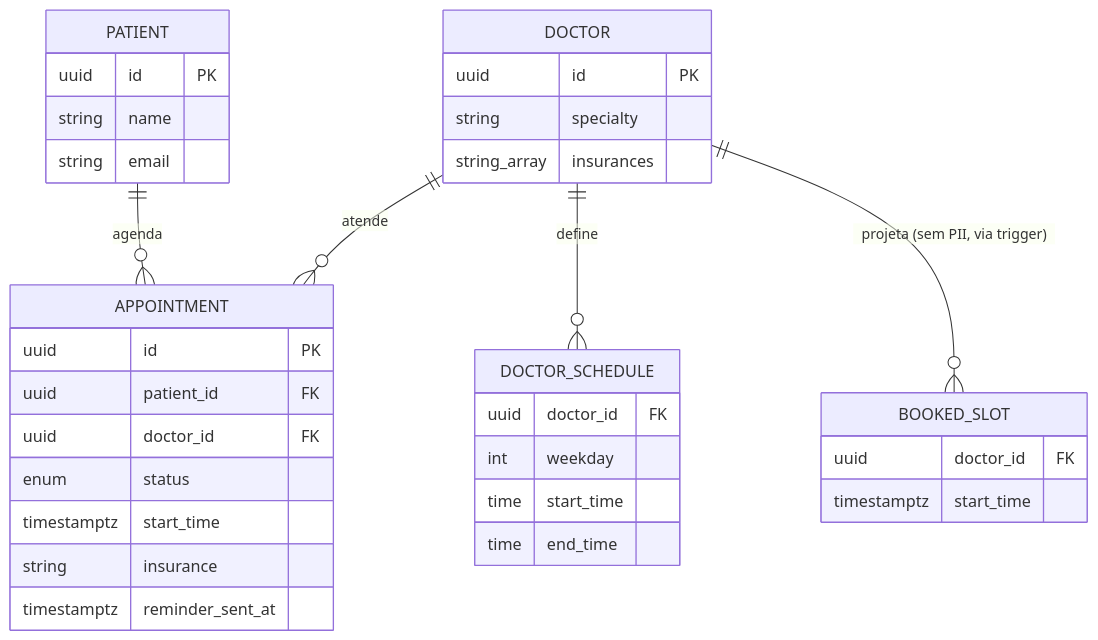
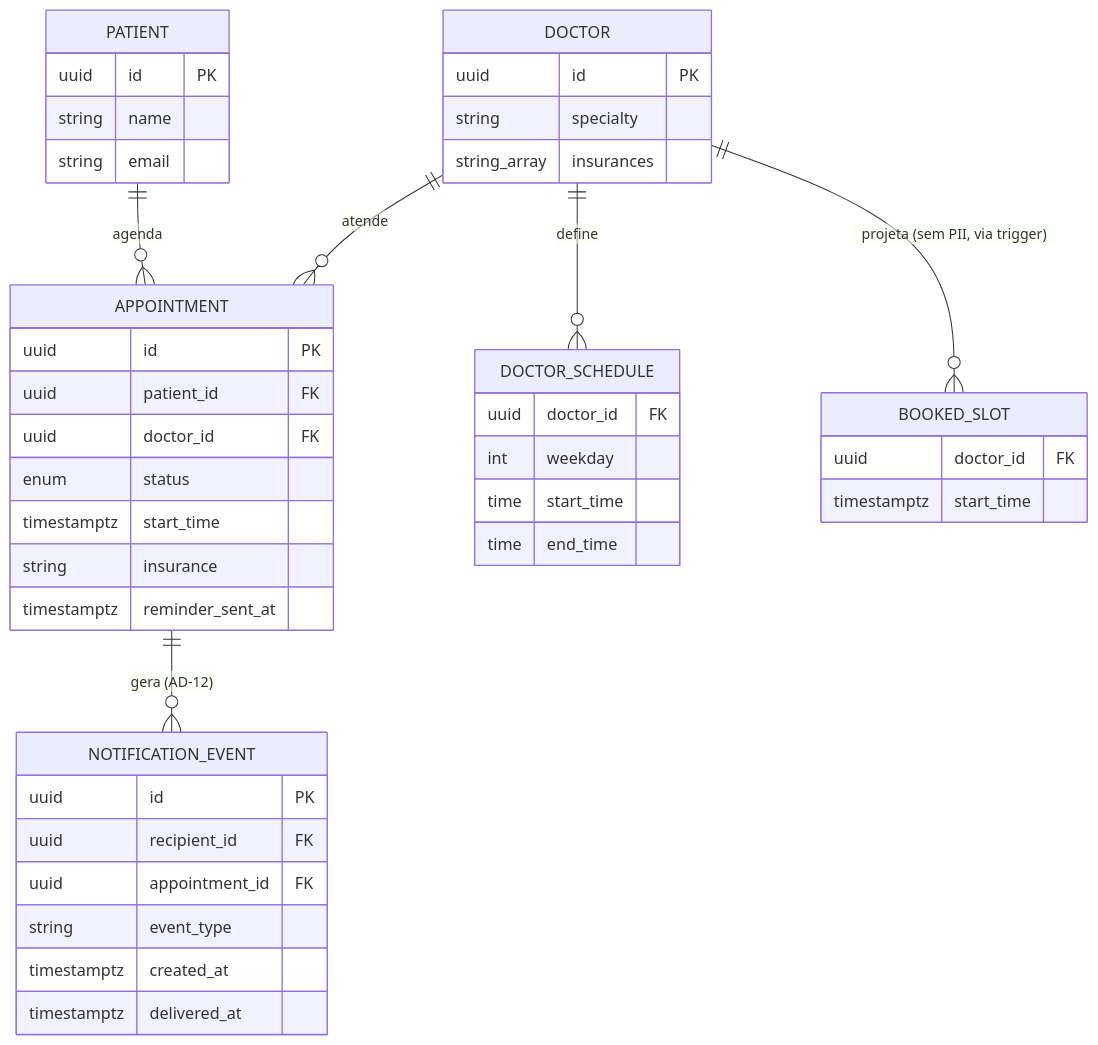
The third of 3 diagrams in _bmad-output/planning-artifacts/architecture/architecture-AgendaMedica-2026-09-17/ARCHITECTURE-SPINE.md (mauriciomayer/AgendaMedica), drawn with Mermaid before and after one commit. The commit also changed other lines of this file and 5 other files, not shown here.

````diff
--- a/_bmad-output/planning-artifacts/architecture/architecture-AgendaMedica-2026-09-17/ARCHITECTURE-SPINE.md
+++ b/_bmad-output/planning-artifacts/architecture/architecture-AgendaMedica-2026-09-17/ARCHITECTURE-SPINE.md
@@ -164,36 +170,45 @@
 ```mermaid
 erDiagram
   DOCTOR ||--o{ APPOINTMENT : "atende"
   PATIENT ||--o{ APPOINTMENT : "agenda"
   DOCTOR ||--o{ DOCTOR_SCHEDULE : "define"
   DOCTOR ||--o{ BOOKED_SLOT : "projeta (sem PII, via trigger)"
   DOCTOR {
     uuid id PK
     string specialty
     string_array insurances
   }
   DOCTOR_SCHEDULE {
     uuid doctor_id FK
     int weekday
     time start_time
     time end_time
   }
   BOOKED_SLOT {
     uuid doctor_id FK
     timestamptz start_time
   }
   PATIENT {
     uuid id PK
     string name
     string email
   }
   APPOINTMENT {
     uuid id PK
     uuid patient_id FK
     uuid doctor_id FK
     enum status
     timestamptz start_time
     string insurance
     timestamptz reminder_sent_at
   }
+  APPOINTMENT ||--o{ NOTIFICATION_EVENT : "gera (AD-12)"
+  NOTIFICATION_EVENT {
+    uuid id PK
+    uuid recipient_id FK
+    uuid appointment_id FK
+    string event_type
+    timestamptz created_at
+    timestamptz delivered_at
+  }
 ```
````
